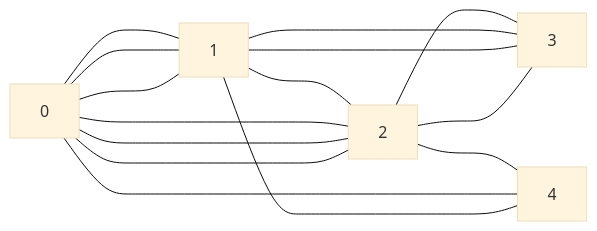
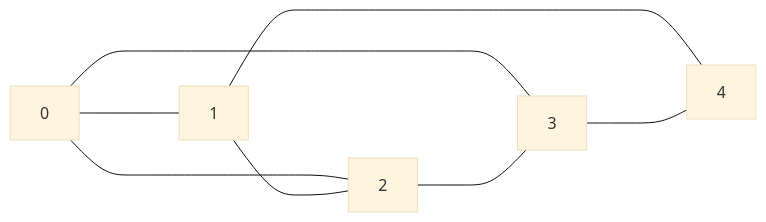
Before and after one commit to eliasmarcon/shortest_path_faster: the diagram in README.md, drawn with Mermaid (base theme). The commit also changed 1 other file, not shown here.

````diff
--- a/README.md
+++ b/README.md
@@ -77,8 +77,10 @@
 ```mermaid
 graph LR
-0----1----2----3 
-1----0----2----4 
-2----0----1----3 
-3----2----0----4 
-4----1----3 
+0----1
+0----2
+0----3 
+1----2
+1----4 
+2----3 
+3----4 
 ```
````
